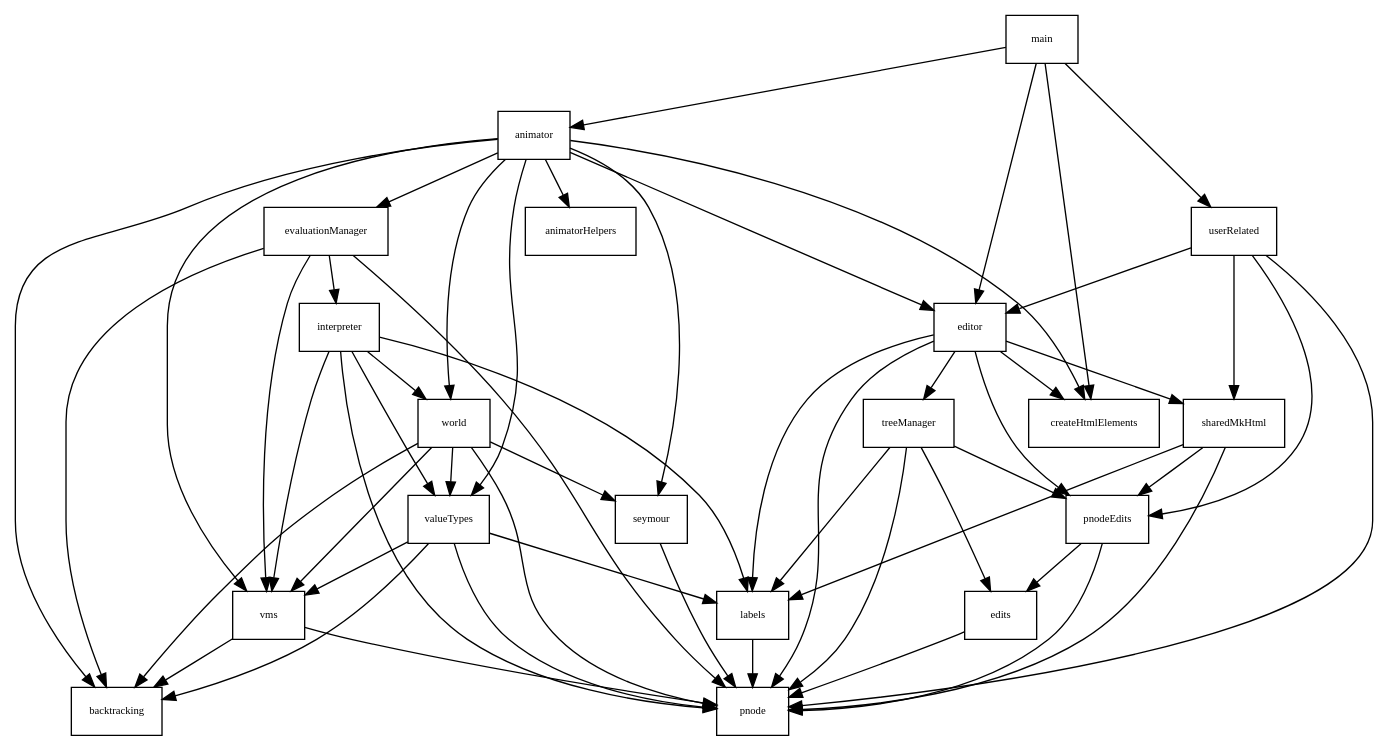
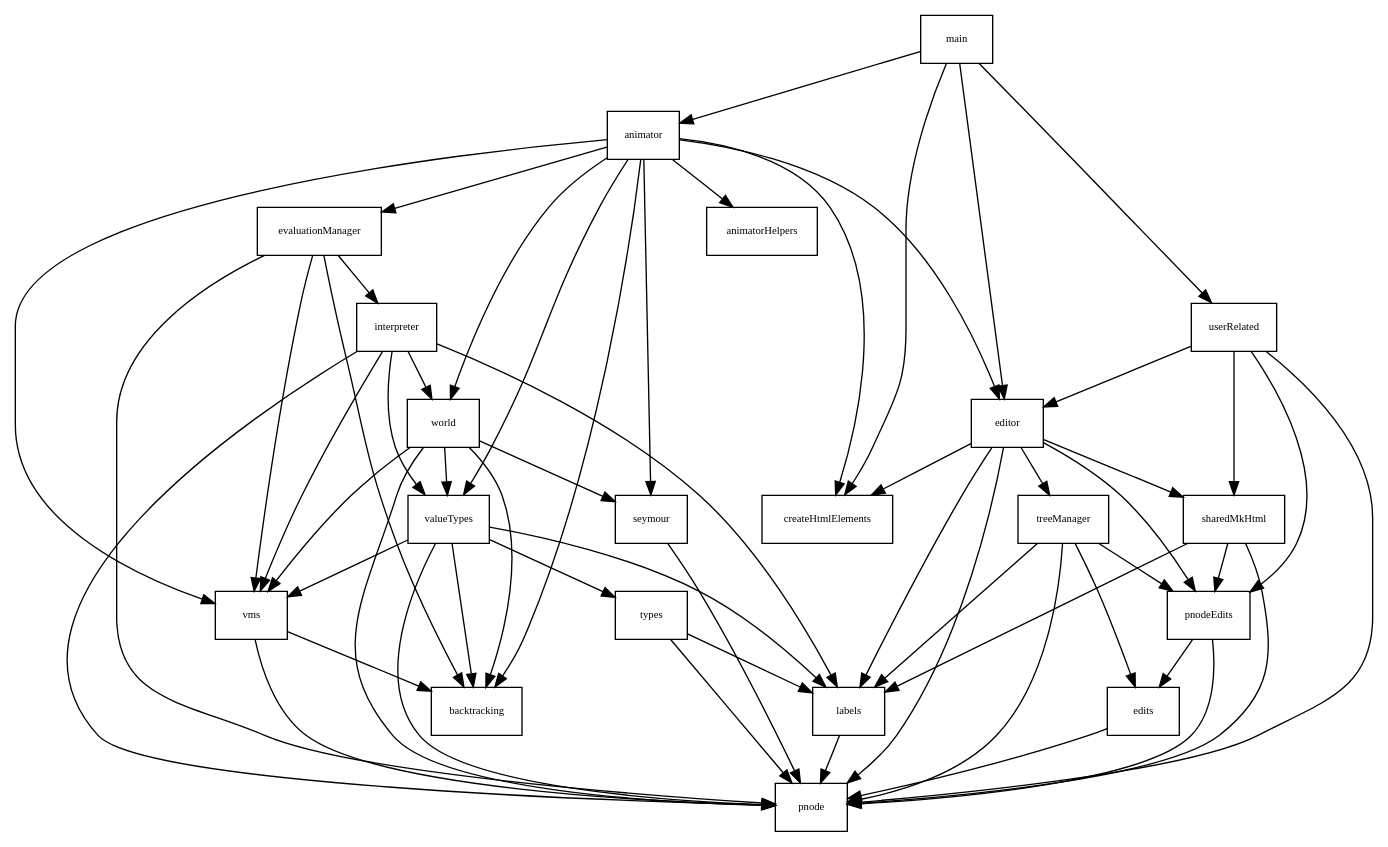
Before and after one commit to theodore-norvell/PLAAY: the diagram in typescriptSrc/dependence.gv, drawn with Graphviz. The commit also changed 3 other files, not shown here.

Commit message:
updated dependence graph with types module

```diff
--- a/typescriptSrc/dependence.gv
+++ b/typescriptSrc/dependence.gv
@@ -1,76 +1,81 @@
 digraph Depends {
 
    gsize="8,6"; ratio=fill;
    node[fontsize=8, shape=rectangle];
 
 
    animator -> animatorHelpers ;
    animator -> backtracking ;
    animator -> createHtmlElements ;
    animator -> editor ;
    animator -> evaluationManager ;
    animator -> seymour ;
    animator -> valueTypes ;
    animator -> vms ;
    animator -> world ;
 
    editor -> createHtmlElements ;
    editor -> labels ;
    editor -> pnode ;
    editor -> pnodeEdits ;
    editor -> sharedMkHtml ;
    editor -> treeManager ;
 
    edits -> pnode ;
 
    evaluationManager -> backtracking ;
    evaluationManager -> interpreter ;
    evaluationManager -> pnode ;
    evaluationManager -> vms ;
 
    interpreter -> labels ;
    interpreter -> pnode ;
    interpreter -> valueTypes ;
    interpreter -> vms ;
    interpreter -> world ;
 
    labels -> pnode ;
 
    main -> createHtmlElements ;
    main -> animator ;
    main -> editor ;
    main -> userRelated ;
 
    pnodeEdits -> edits ;
    pnodeEdits -> pnode ;
 
    seymour -> pnode ;
 
    sharedMkHtml -> labels ;
    sharedMkHtml -> pnode ;
    sharedMkHtml -> pnodeEdits ;
 
    treeManager -> edits ;
    treeManager -> labels ;
    treeManager -> pnode ;
    treeManager -> pnodeEdits ;
 
    userRelated -> editor ;
    userRelated -> pnodeEdits ;
    userRelated -> pnode ;
    userRelated -> sharedMkHtml ;
    
    valueTypes -> backtracking ;
    valueTypes -> labels ;
    valueTypes -> pnode ;
    valueTypes -> vms ;
+   valueTypes -> types ;
+   
+   types -> pnode ;
+   types -> labels ;
 
+   
    vms -> backtracking
    vms -> pnode ;
 
    world -> backtracking ;
    world -> pnode ;
    world -> seymour ;
    world -> valueTypes ;
    world -> vms ;
 }
```
